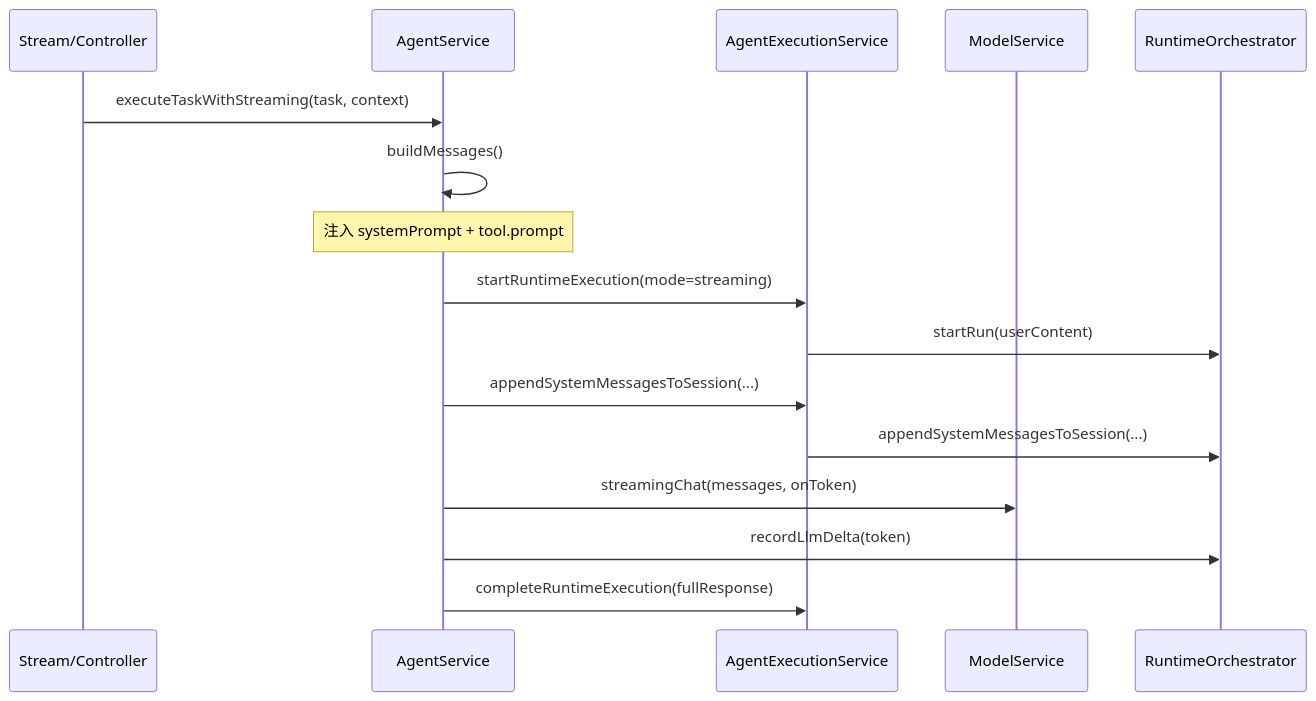
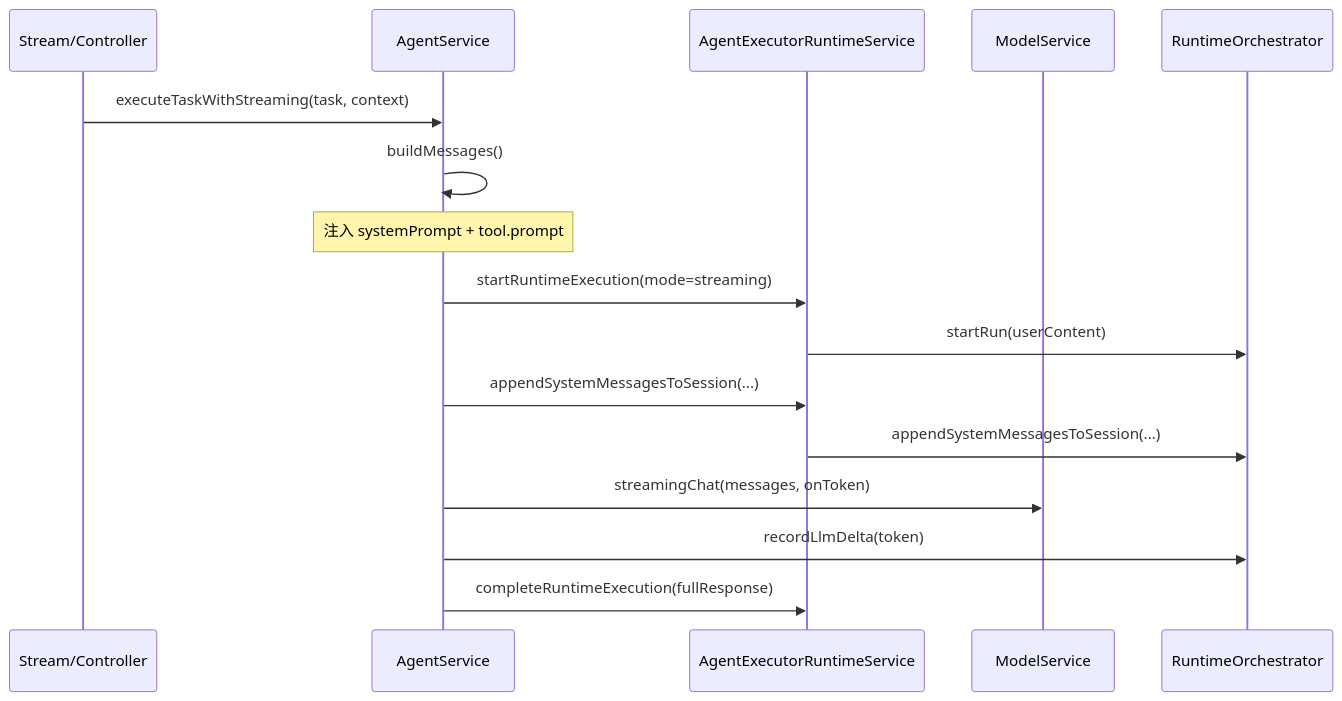
The second of 4 diagrams in docs/technical/AGENTS_PROMPT_CONTEXT_CALLCHAIN.md (ytpo-ai/harbin), drawn with Mermaid before and after one commit. The commit also changed other lines of this file and 5 other files, not shown here.

First line of the commit message:
refactor(backend): rename agent executor runtime service

````diff
--- a/docs/technical/AGENTS_PROMPT_CONTEXT_CALLCHAIN.md
+++ b/docs/technical/AGENTS_PROMPT_CONTEXT_CALLCHAIN.md
@@ -60,19 +60,19 @@
 ```mermaid
 sequenceDiagram
     participant C as Stream/Controller
     participant S as AgentService
-    participant E as AgentExecutionService
+    participant E as AgentExecutorRuntimeService
     participant M as ModelService
     participant R as RuntimeOrchestrator
 
     C->>S: executeTaskWithStreaming(task, context)
     S->>S: buildMessages()
     Note over S: 注入 systemPrompt + tool.prompt
     S->>E: startRuntimeExecution(mode=streaming)
     E->>R: startRun(userContent)
     S->>E: appendSystemMessagesToSession(...)
     E->>R: appendSystemMessagesToSession(...)
     S->>M: streamingChat(messages, onToken)
     S->>R: recordLlmDelta(token)
     S->>E: completeRuntimeExecution(fullResponse)
 ```
````
